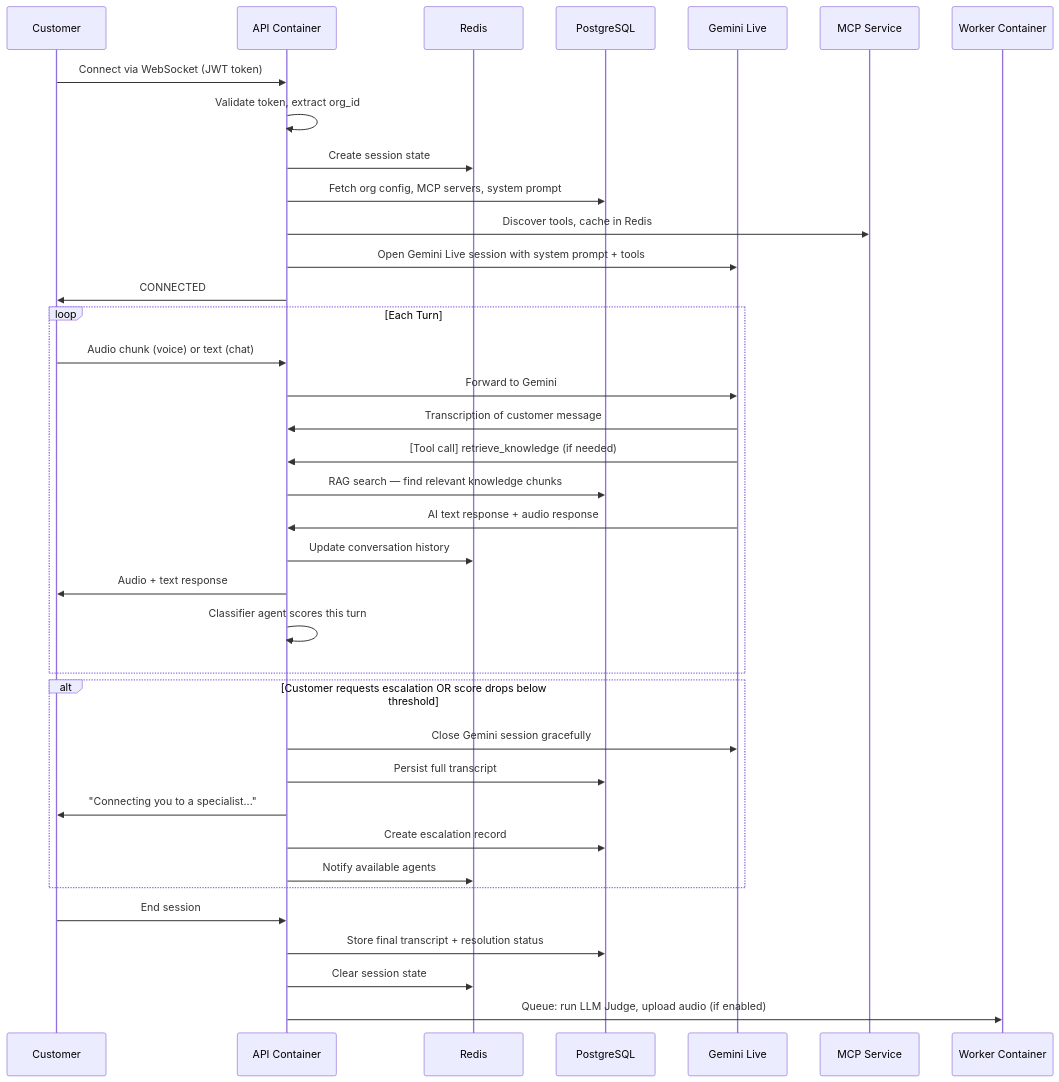
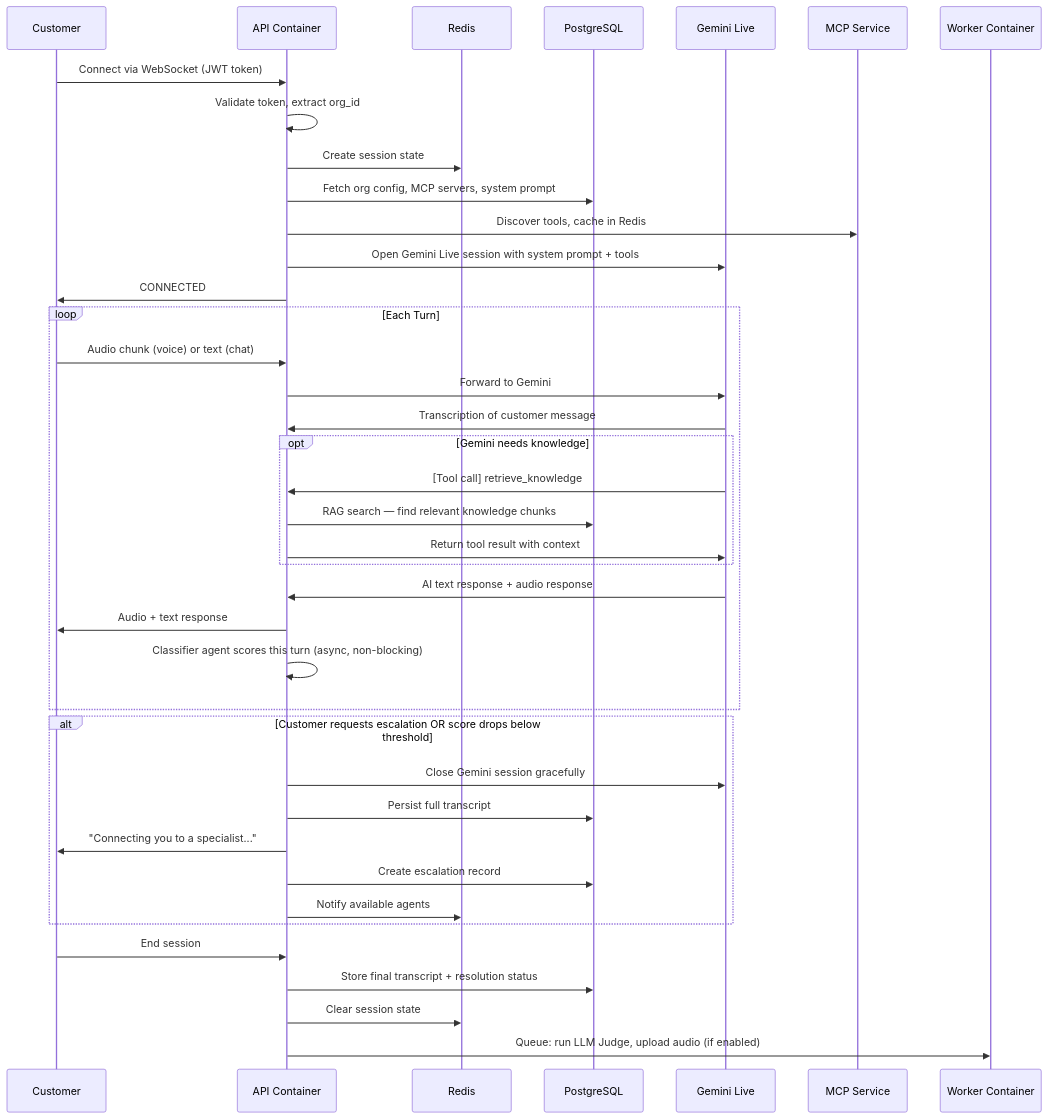
The second of 10 diagrams in docs/trd.md (deemwar-products/live-api), drawn with Mermaid before and after one commit.

Commit message:
fix: correct sequence diagram Tool Call timing vs v1.4 sign-off
Section 3.1 sequence diagram:
- Wrapped RAG tool call in Mermaid opt/alt fragment so it only
  appears when Gemini actually triggers retrieve_knowledge
- Added missing "Return tool result with context" arrow from
  API back to GL — tool calls require explicit result return
- Removed redundant "Update conversation history" in loop body
  (already covered by Section 2.2 sync strategy, avoids
  implying RAG happens on every turn regardless of need)
- Classifier step now annotated "(async, non-blocking)"

All 10 diagrams remain Mermaid (graph TD/LR, sequenceDiagram,
stateDiagram-v2) — no format migration needed.

````diff
--- a/docs/trd.md
+++ b/docs/trd.md
@@ -186,43 +186,45 @@
 ```mermaid
 sequenceDiagram
     participant C as Customer
     participant API as API Container
     participant RD as Redis
     participant PG as PostgreSQL
     participant GL as Gemini Live
     participant MCP as MCP Service
     participant WK as Worker Container
 
     C->>API: Connect via WebSocket (JWT token)
     API->>API: Validate token, extract org_id
     API->>RD: Create session state
     API->>PG: Fetch org config, MCP servers, system prompt
     API->>MCP: Discover tools, cache in Redis
     API->>GL: Open Gemini Live session with system prompt + tools
     API->>C: CONNECTED
 
     loop Each Turn
         C->>API: Audio chunk (voice) or text (chat)
         API->>GL: Forward to Gemini
         GL->>API: Transcription of customer message
-        GL->>API: [Tool call] retrieve_knowledge (if needed)
-        API->>PG: RAG search — find relevant knowledge chunks
+        opt Gemini needs knowledge
+            GL->>API: [Tool call] retrieve_knowledge
+            API->>PG: RAG search — find relevant knowledge chunks
+            API->>GL: Return tool result with context
+        end
         GL->>API: AI text response + audio response
-        API->>RD: Update conversation history
         API->>C: Audio + text response
-        API->>API: Classifier agent scores this turn
+        API->>API: Classifier agent scores this turn (async, non-blocking)
     end
 
     alt Customer requests escalation OR score drops below threshold
         API->>GL: Close Gemini session gracefully
         API->>PG: Persist full transcript
         API->>C: "Connecting you to a specialist..."
         API->>PG: Create escalation record
         API->>RD: Notify available agents
     end
 
     C->>API: End session
     API->>PG: Store final transcript + resolution status
     API->>RD: Clear session state
     API->>WK: Queue: run LLM Judge, upload audio (if enabled)
 ```
````
